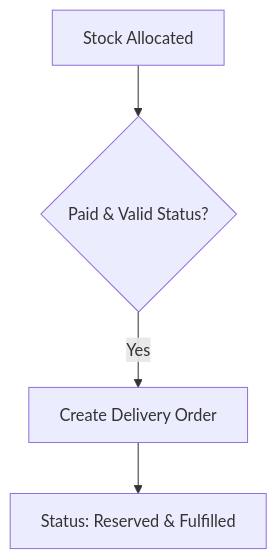
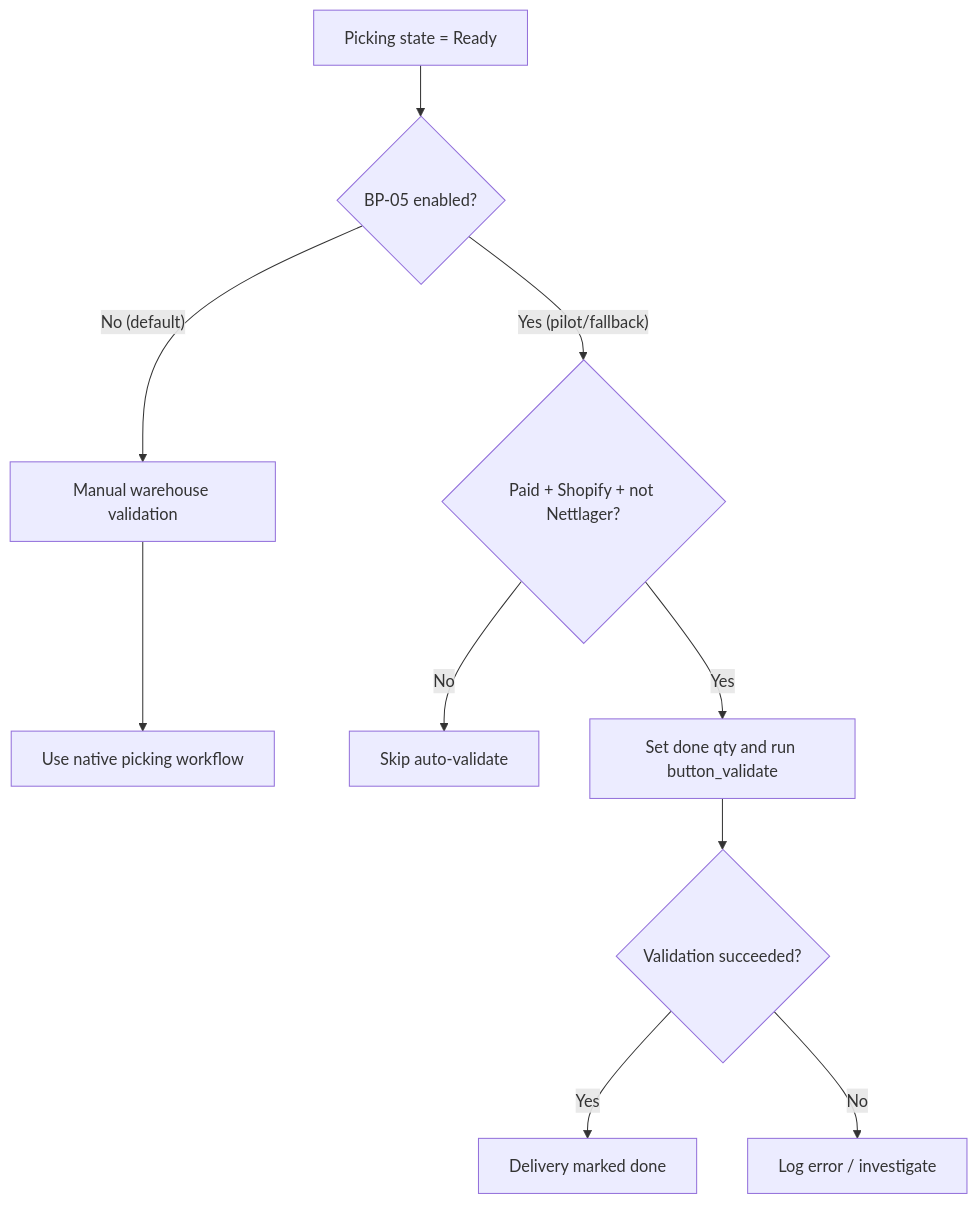
Before and after one commit to ozan-droid/documents: the fifth of 15 diagrams in bp-automations.md, drawn with Mermaid. The commit also changed other lines of this file, not shown here.

````diff
--- a/bp-automations.md
+++ b/bp-automations.md
@@ -107,6 +127,12 @@
 ```mermaid
 graph TD
-    A["Stock Allocated"] --> B{"Paid & Valid Status?"}
-    B -- Yes --> C["Create Delivery Order"]
-    C --> D["Status: Reserved & Fulfilled"]
+    A["Picking state = Ready"] --> B{"BP-05 enabled?"}
+    B -- No (default) --> C["Manual warehouse validation"]
+    C --> D["Use native picking workflow"]
+    B -- Yes (pilot/fallback) --> E{"Paid + Shopify + not Nettlager?"}
+    E -- No --> F["Skip auto-validate"]
+    E -- Yes --> G["Set done qty and run button_validate"]
+    G --> H{"Validation succeeded?"}
+    H -- Yes --> I["Delivery marked done"]
+    H -- No --> J["Log error / investigate"]
 ```
````
